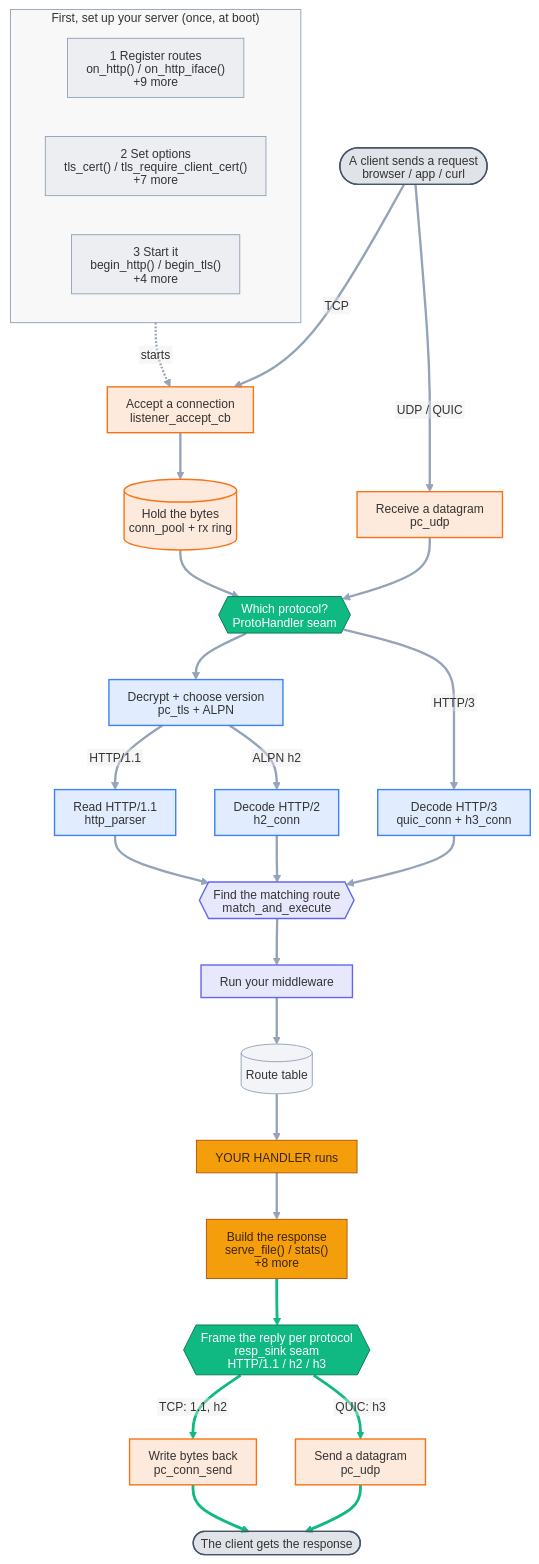
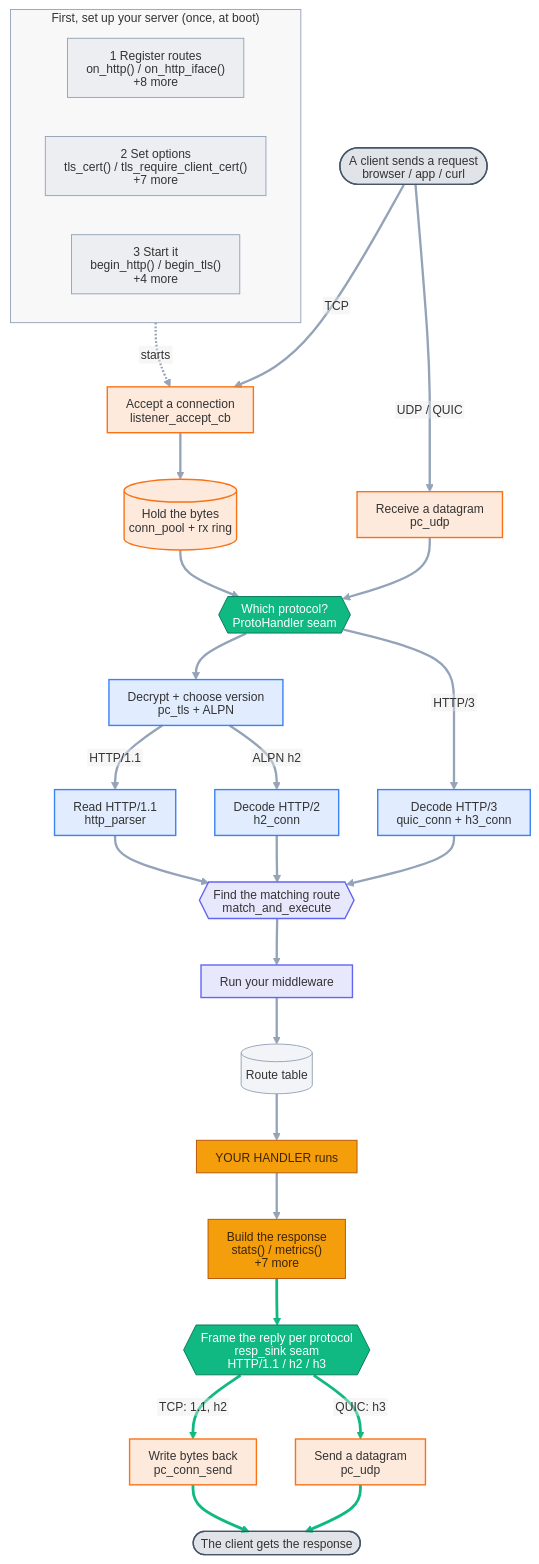
The diagram in docs/diagrams/api_flow.mmd (dstroy0/DeterministicESPAsyncWebServer), drawn with Mermaid before and after one commit. The commit also changed 7 other files, not shown here.

```diff
--- a/docs/diagrams/api_flow.mmd
+++ b/docs/diagrams/api_flow.mmd
@@ -1,69 +1,69 @@
 %%{init: {'htmlLabels':false,'themeVariables':{'fontFamily':'sans-serif','fontSize':'13px','lineColor':'#94a3b8'},'flowchart':{'curve':'basis','nodeSpacing':42,'rankSpacing':50,'padding':10,'useMaxWidth':true,'htmlLabels':false}}}%%
 flowchart TB
   %% Auto-generated from the public API, proto_builtins.cpp, and presentation/ on disk.
   subgraph SETUP["First, set up your server (once, at boot)"]
     direction LR
-    reg["1 Register routes<br/>on_http() / on_http_iface()<br/>+9 more"]
+    reg["1 Register routes<br/>on_http() / on_http_iface()<br/>+8 more"]
     cfg["2 Set options<br/>tls_cert() / tls_require_client_cert()<br/>+7 more"]
     run["3 Start it<br/>begin_http() / begin_tls()<br/>+4 more"]
   end
 
   cin(["A client sends a request<br/>browser / app / curl"])
   listen["Accept a connection<br/>listener_accept_cb"]
   ring[("Hold the bytes<br/>conn_pool + rx ring")]
   udprx["Receive a datagram<br/>pc_udp"]
   seam{{"Which protocol?<br/>ProtoHandler seam<br/>"}}
   tls["Decrypt + choose version<br/>pc_tls + ALPN"]
   parser["Read HTTP/1.1<br/>http_parser"]
   h2["Decode HTTP/2<br/>h2_conn"]
   h3["Decode HTTP/3<br/>quic_conn + h3_conn"]
   mae{{"Find the matching route<br/>match_and_execute"}}
   mw["Run your middleware"]
   routes[("Route table")]
   handler["YOUR HANDLER runs"]
-  resp["Build the response<br/>serve_file() / stats()<br/>+8 more"]
+  resp["Build the response<br/>stats() / metrics()<br/>+7 more"]
   sink{{"Frame the reply per protocol<br/>resp_sink seam<br/>HTTP/1.1 / h2 / h3"}}
   consend["Write bytes back<br/>pc_conn_send"]
   udptx["Send a datagram<br/>pc_udp"]
   cout(["The client gets the response"])
 
   run -.->|starts| listen
   cin ==>|TCP| listen
   listen --> ring
   ring --> seam
   cin ==>|UDP / QUIC| udprx
   udprx --> seam
   seam --> tls
   tls -->|HTTP/1.1| parser
   tls -->|ALPN h2| h2
   seam -->|HTTP/3| h3
   parser --> mae
   h2 --> mae
   h3 --> mae
   mae --> mw
   mw --> routes
   routes --> handler
   handler --> resp
   resp --> sink
   sink -->|TCP: 1.1, h2| consend
   sink -->|QUIC: h3| udptx
   consend ==> cout
   udptx ==> cout
 
   class cin,cout ext;
   class reg,cfg,run,routes setup;
   class listen,ring,udprx,udptx,consend l4;
   class seam,sink seam;
   class tls,parser,h2,h3 l6;
   class mae,mw l7;
   class handler,resp you;
   classDef ext fill:#64748b33,stroke:#475569,stroke-width:1.5px;
   classDef setup fill:#94a3b81f,stroke:#94a3b8;
   classDef l4 fill:#f9731626,stroke:#f97316,stroke-width:1.5px;
   classDef seam fill:#10b981,stroke:#047857,color:#ffffff;
   classDef l6 fill:#3b82f626,stroke:#3b82f6,stroke-width:1.5px;
   classDef l7 fill:#6366f126,stroke:#6366f1,stroke-width:1.5px;
   classDef you fill:#f59e0b,stroke:#b45309,color:#3b2508;
   style SETUP fill:#8888880f,stroke:#94a3b8,stroke-width:1px;
   linkStyle default stroke-width:2.5px;
   linkStyle 17,18,19,20,21 stroke:#10b981,stroke-width:3px;
```
